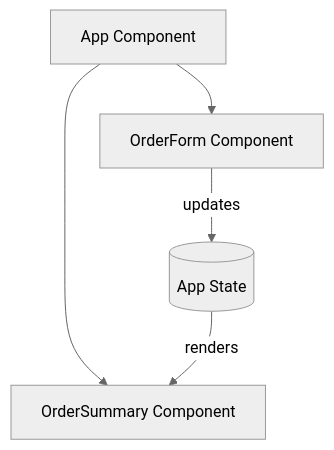
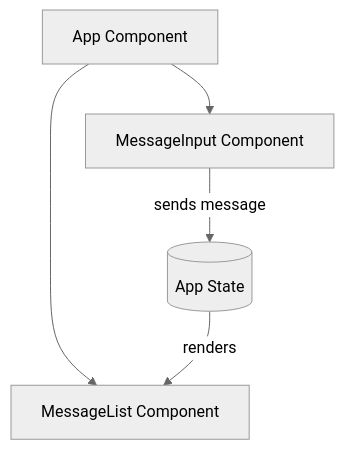
One commit to Episk-pos/DevFoundry changed the second of 4 diagrams in website/docs/mental-models/flow-based-dev.md. Above: the diagram before and after it, drawn with Mermaid (neutral theme). The commit also changed other lines of this file and 153 other files, not shown here.

````diff
--- a/website/docs/mental-models/flow-based-dev.md
+++ b/website/docs/mental-models/flow-based-dev.md
@@ -91,12 +93,12 @@
 ```mermaid
 graph TB
     App[App Component]
-    OrderForm[OrderForm Component]
-    Summary[OrderSummary Component]
+    MessageInput[MessageInput Component]
+    MessageList[MessageList Component]
     State[(App State)]
 
-    App --> OrderForm
-    App --> Summary
-    OrderForm -->|updates| State
-    State -->|renders| Summary
+    App --> MessageInput
+    App --> MessageList
+    MessageInput -->|sends message| State
+    State -->|renders| MessageList
 ```
````
